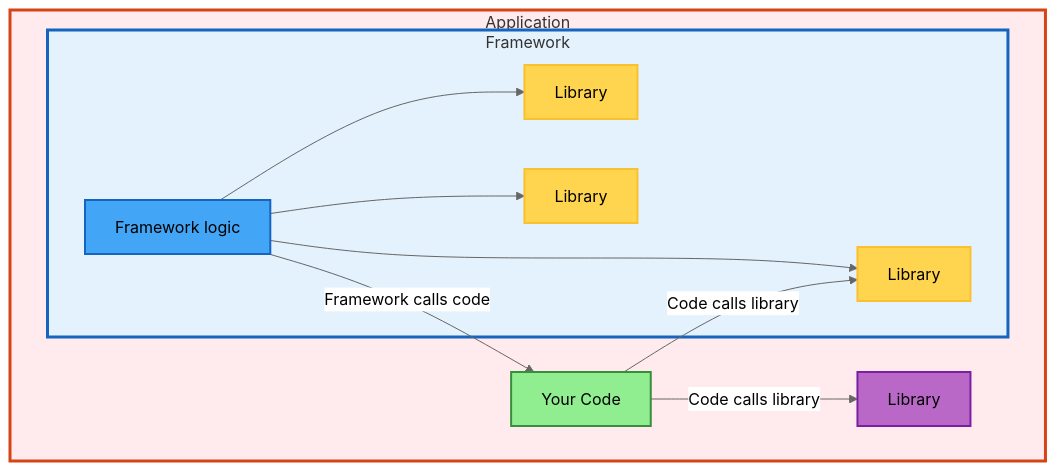
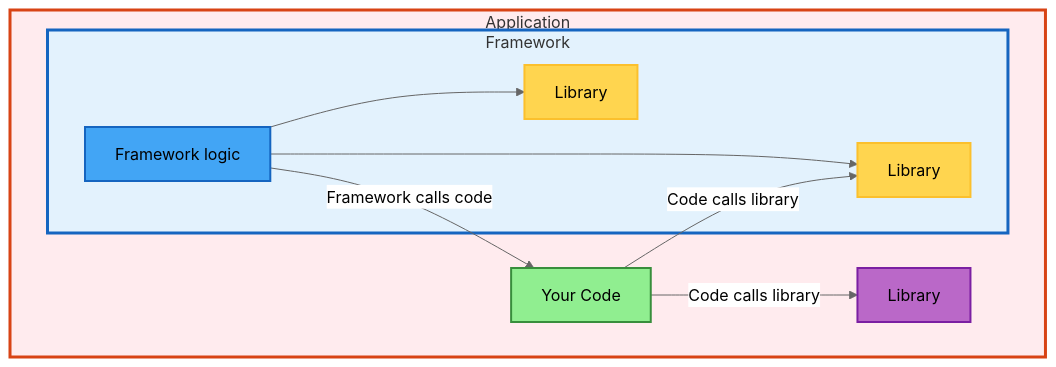
One commit to d2207197/slides-and-docs changed the diagram in sections/02-application-framework-library.md. Above: the diagram before and after it, drawn with Mermaid (neutral theme). The commit also changed other lines of this file and 8 other files, not shown here.

````diff
--- a/sections/02-application-framework-library.md
+++ b/sections/02-application-framework-library.md
@@ -3,32 +3,29 @@
 ```mermaid
 graph TB
     subgraph Application_Container ["Application"]
         Code[Your Code]
         Library[Library]
 
         Code -->|"Code calls library"| Library
-        Code -->|"Code calls library"| Lib3
+        Code -->|"Code calls library"| Lib2
 
         subgraph Framework_Container ["Framework"]
             Framework[Framework logic]
             Lib1[Library]
             Lib2[Library]
-            Lib3[Library]
 
             Framework --> Lib1
             Framework --> Lib2
-            Framework --> Lib3
         end
 
         Framework -->|"Framework calls code"| Code
     end
 
     style Code fill:#90EE90,stroke:#388e3c,stroke-width:2px
     style Framework fill:#42a5f5,stroke:#1565c0,stroke-width:2px
     style Library fill:#ba68c8,stroke:#7b1fa2,stroke-width:2px
     style Lib1 fill:#ffd54f,stroke:#fbc02d,stroke-width:2px
     style Lib2 fill:#ffd54f,stroke:#fbc02d,stroke-width:2px
-    style Lib3 fill:#ffd54f,stroke:#fbc02d,stroke-width:2px
     style Framework_Container fill:#e3f2fd,stroke:#1565c0,stroke-width:3px
     style Application_Container fill:#ffebee,stroke:#d84315,stroke-width:3px
 ```
````
